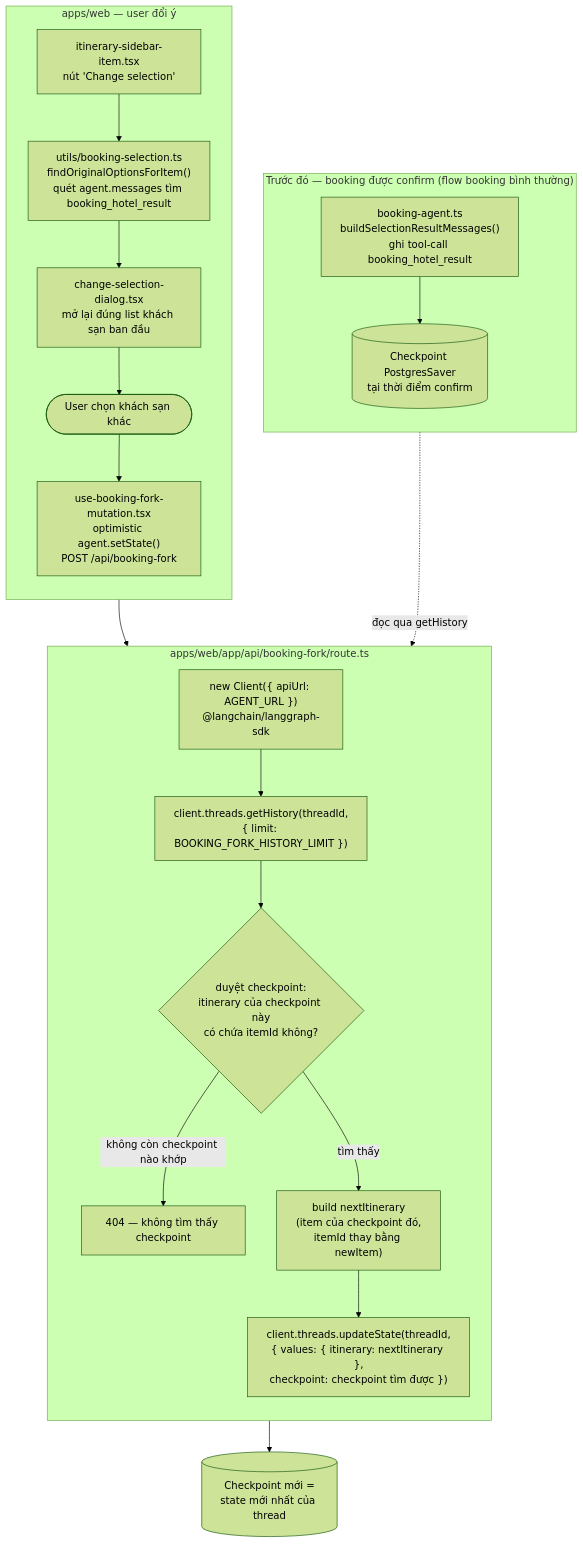
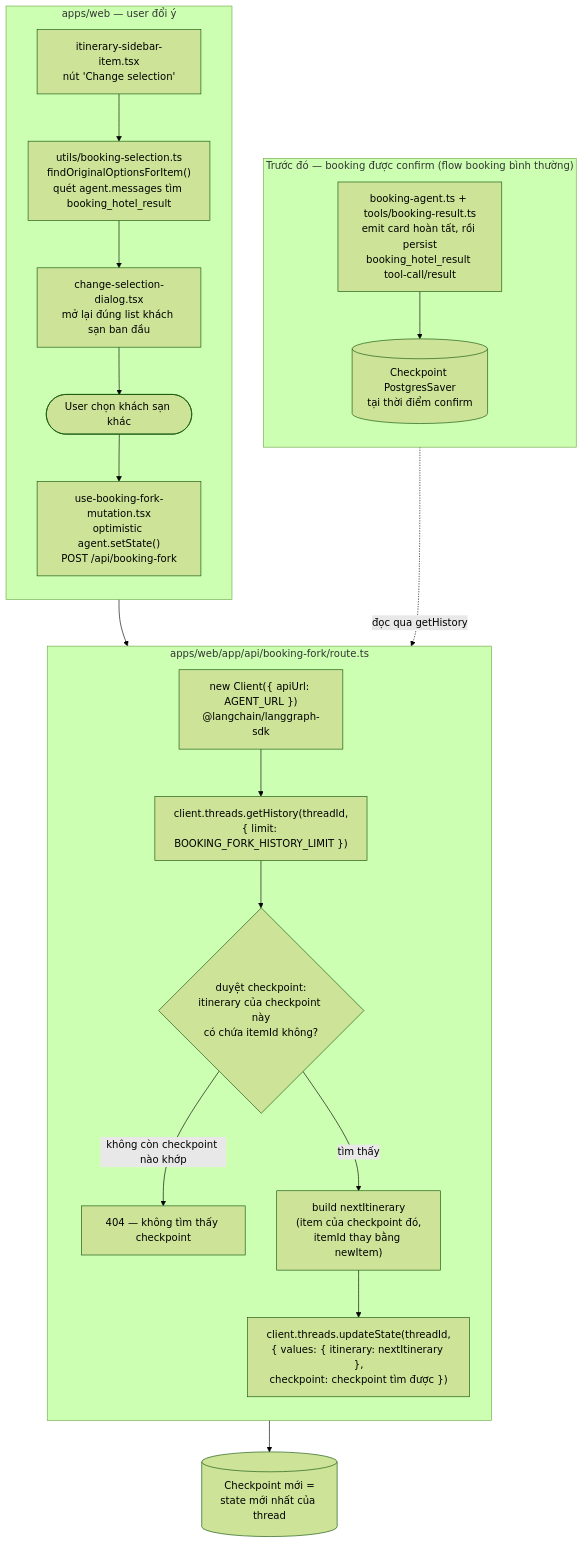
One commit to huongle-agilityio/healthcare-project-api changed the fifth of 5 diagrams in README.md. Above: the diagram before and after it, drawn with Mermaid (forest theme). The commit also changed other lines of this file, not shown here.

````diff
--- a/README.md
+++ b/README.md
@@ -729,35 +814,35 @@
 ```mermaid
 flowchart TD
   subgraph EARLIER["Trước đó — booking được confirm (flow booking bình thường)"]
     direction TB
-    CF["booking-agent.ts<br/>buildSelectionResultMessages()<br/>ghi tool-call booking_hotel_result"]
+    CF["booking-agent.ts + tools/booking-result.ts<br/>emit card hoàn tất, rồi persist<br/>booking_hotel_result tool-call/result"]
     CKPT0[("Checkpoint PostgresSaver<br/>tại thời điểm confirm")]
   end
 
   subgraph UI["apps/web — user đổi ý"]
     direction TB
     BTN["itinerary-sidebar-item.tsx<br/>nút 'Change selection'"]
     FIND["utils/booking-selection.ts<br/>findOriginalOptionsForItem()<br/>quét agent.messages tìm booking_hotel_result"]
     DLG["change-selection-dialog.tsx<br/>mở lại đúng list khách sạn ban đầu"]
     PICK(["User chọn khách sạn khác"])
     HOOK["use-booking-fork-mutation.tsx<br/>optimistic agent.setState()<br/>POST /api/booking-fork"]
   end
 
   subgraph ROUTE["apps/web/app/api/booking-fork/route.ts"]
     direction TB
     SDK["new Client({ apiUrl: AGENT_URL })<br/>@langchain/langgraph-sdk"]
     HIST["client.threads.getHistory(threadId,<br/>{ limit: BOOKING_FORK_HISTORY_LIMIT })"]
     LOOP{"duyệt checkpoint:<br/>itinerary của checkpoint này<br/>có chứa itemId không?"}
     NF["404 — không tìm thấy checkpoint"]
     NEXT["build nextItinerary<br/>(item của checkpoint đó,<br/>itemId thay bằng newItem)"]
     UPD["client.threads.updateState(threadId,<br/>{ values: { itinerary: nextItinerary },<br/>checkpoint: checkpoint tìm được })"]
   end
 
   CF --> CKPT0
   BTN --> FIND --> DLG --> PICK --> HOOK
   HOOK --> SDK --> HIST --> LOOP
   LOOP -- không còn checkpoint nào khớp --> NF
   LOOP -- tìm thấy --> NEXT --> UPD
   CKPT0 -. đọc qua getHistory .-> HIST
   UPD --> DONE[("Checkpoint mới =<br/>state mới nhất của thread")]
 ```
````
